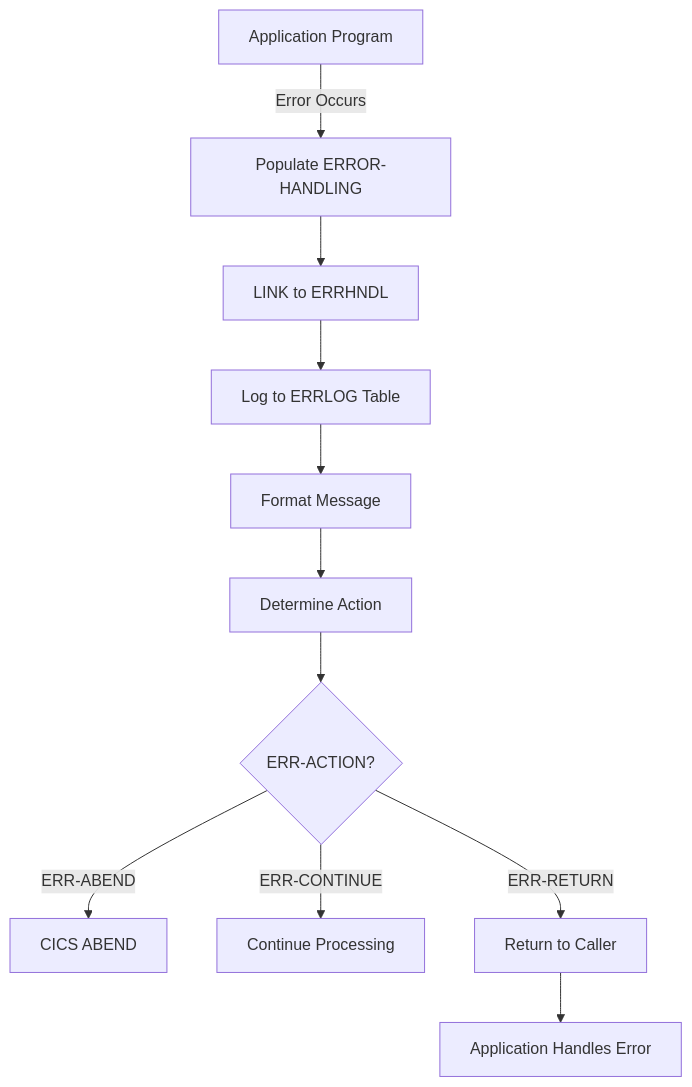
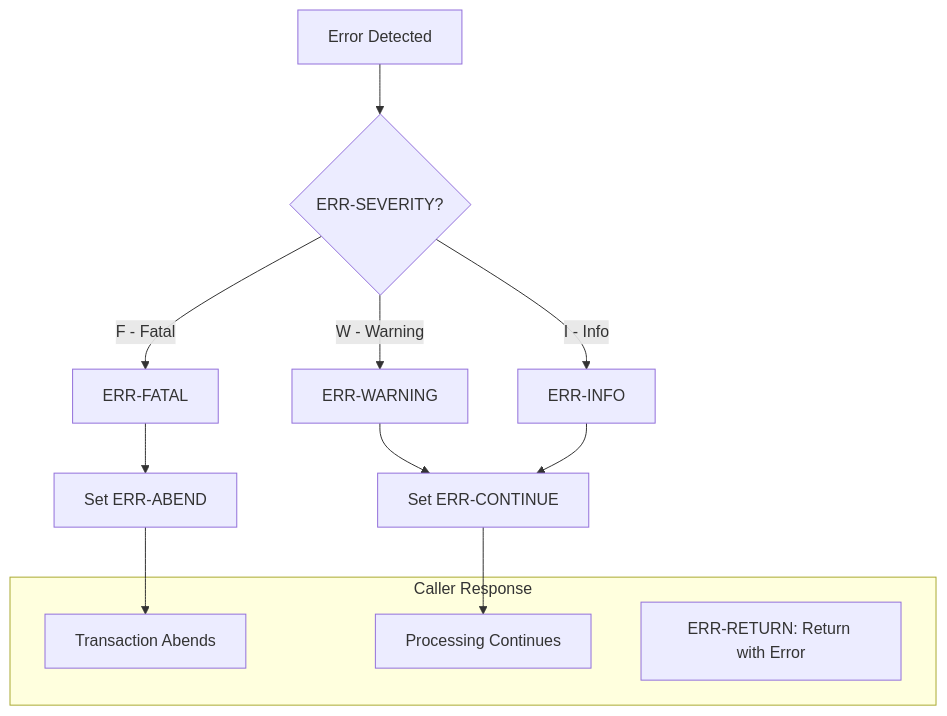
The first of 2 diagrams in docs/copybooks/ERRHND.mdx (haladir-com/legacy-benchmark-docs-vb70e1), drawn with Mermaid before and after one commit. The commit also changed other lines of this file and 64 other files, not shown here.

````diff
--- a/docs/copybooks/ERRHND.mdx
+++ b/docs/copybooks/ERRHND.mdx
@@ -326,13 +97,21 @@
 ```mermaid
-graph TD
-    A[Application Program] -->|Error Occurs| B[Populate ERROR-HANDLING]
-    B --> C[LINK to ERRHNDL]
-    C --> D[Log to ERRLOG Table]
-    D --> E[Format Message]
-    E --> F[Determine Action]
-    F --> G{ERR-ACTION?}
-    G -->|ERR-ABEND| H[CICS ABEND]
-    G -->|ERR-CONTINUE| I[Continue Processing]
-    G -->|ERR-RETURN| J[Return to Caller]
-    J --> K[Application Handles Error]
+flowchart TD
+    A[Error Detected] --> B{ERR-SEVERITY?}
+    
+    B -->|F - Fatal| C[ERR-FATAL]
+    B -->|W - Warning| D[ERR-WARNING]
+    B -->|I - Info| E[ERR-INFO]
+    
+    C --> F[Set ERR-ABEND]
+    D --> G[Set ERR-CONTINUE]
+    E --> G
+    
+    F --> H[Transaction Abends]
+    G --> I[Processing Continues]
+    
+    subgraph "Caller Response"
+        H
+        I
+        J[ERR-RETURN: Return with Error]
+    end
 ```
````
